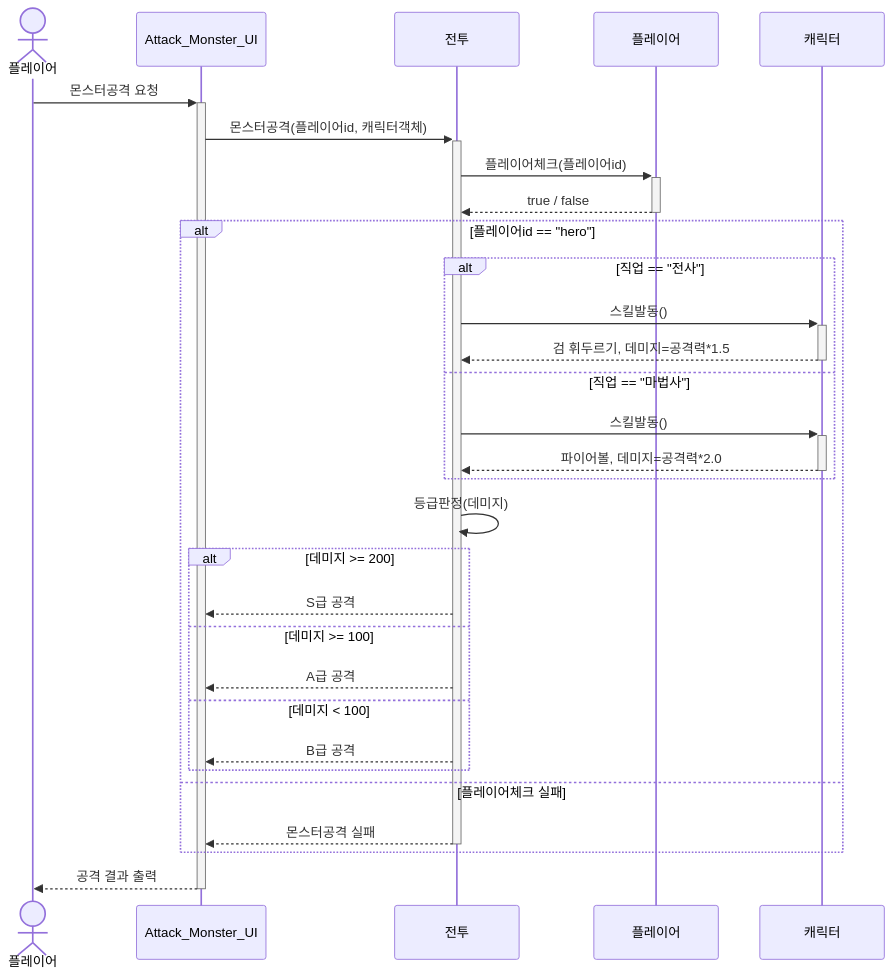
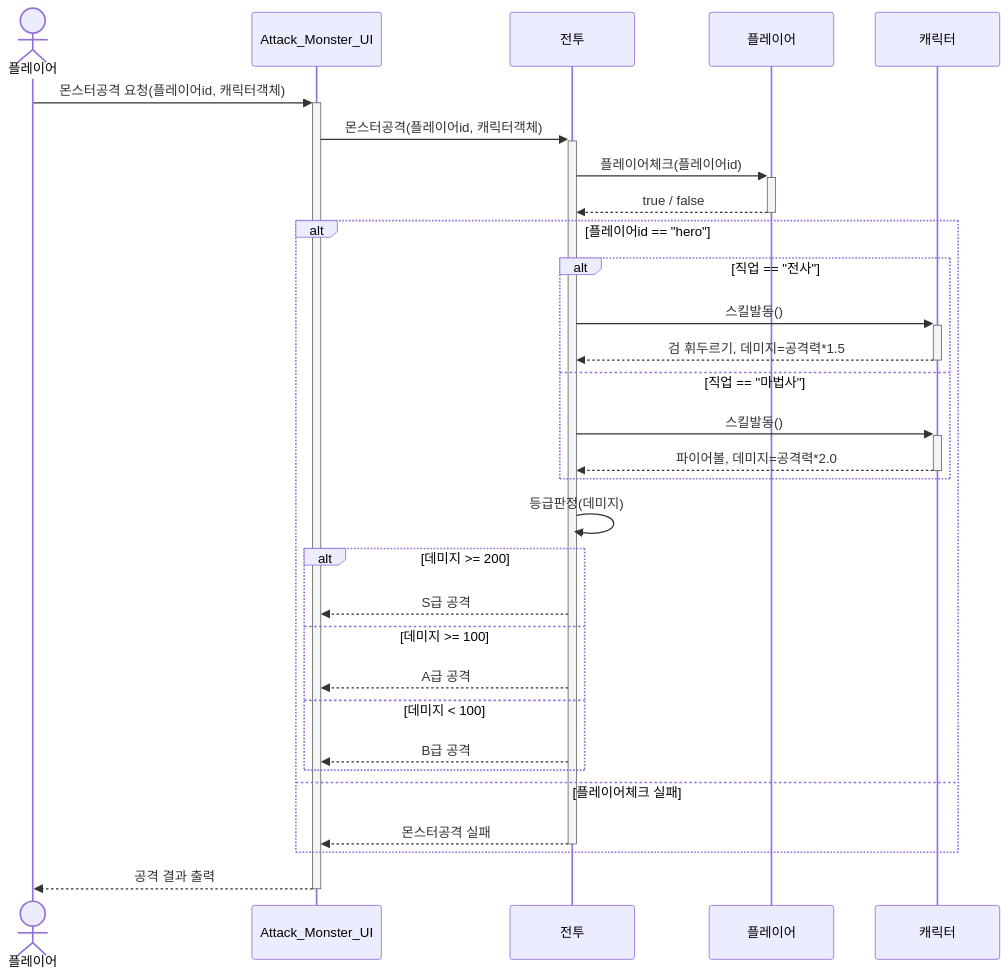
One commit to Sewqp/Dnf_game_Team6 changed the diagram in 공격순차도.md. Above: the diagram before and after it, drawn with Mermaid. The commit also changed other lines of this file and 2 other files, not shown here.

Commit message:
공격 및 세부 로직 수정

````diff
--- a/공격순차도.md
+++ b/공격순차도.md
@@ -1,38 +3,39 @@
 ```mermaid
 sequenceDiagram
     actor 플레이어
     participant Attack_Monster_UI
     participant 전투
     participant 플레이어객체 as 플레이어
     participant 캐릭터
 
-    플레이어 ->>+ Attack_Monster_UI: 몬스터공격 요청
+    플레이어 ->>+ Attack_Monster_UI: 몬스터공격 요청(플레이어id, 캐릭터객체)
     Attack_Monster_UI ->>+ 전투: 몬스터공격(플레이어id, 캐릭터객체)
 
     전투 ->>+ 플레이어객체: 플레이어체크(플레이어id)
     플레이어객체 -->>- 전투: true / false
 
     alt 플레이어id == "hero"
         alt 직업 == "전사"
             전투 ->>+ 캐릭터: 스킬발동()
             캐릭터 -->>- 전투: 검 휘두르기, 데미지=공격력*1.5
         else 직업 == "마법사"
             전투 ->>+ 캐릭터: 스킬발동()
             캐릭터 -->>- 전투: 파이어볼, 데미지=공격력*2.0
         end
 
         전투 ->> 전투: 등급판정(데미지)
 
         alt 데미지 >= 200
             전투 -->> Attack_Monster_UI: S급 공격
         else 데미지 >= 100
             전투 -->> Attack_Monster_UI: A급 공격
         else 데미지 < 100
             전투 -->> Attack_Monster_UI: B급 공격
         end
+
     else 플레이어체크 실패
         전투 -->>- Attack_Monster_UI: 몬스터공격 실패
     end
 
     Attack_Monster_UI -->>- 플레이어: 공격 결과 출력
 ```
````
